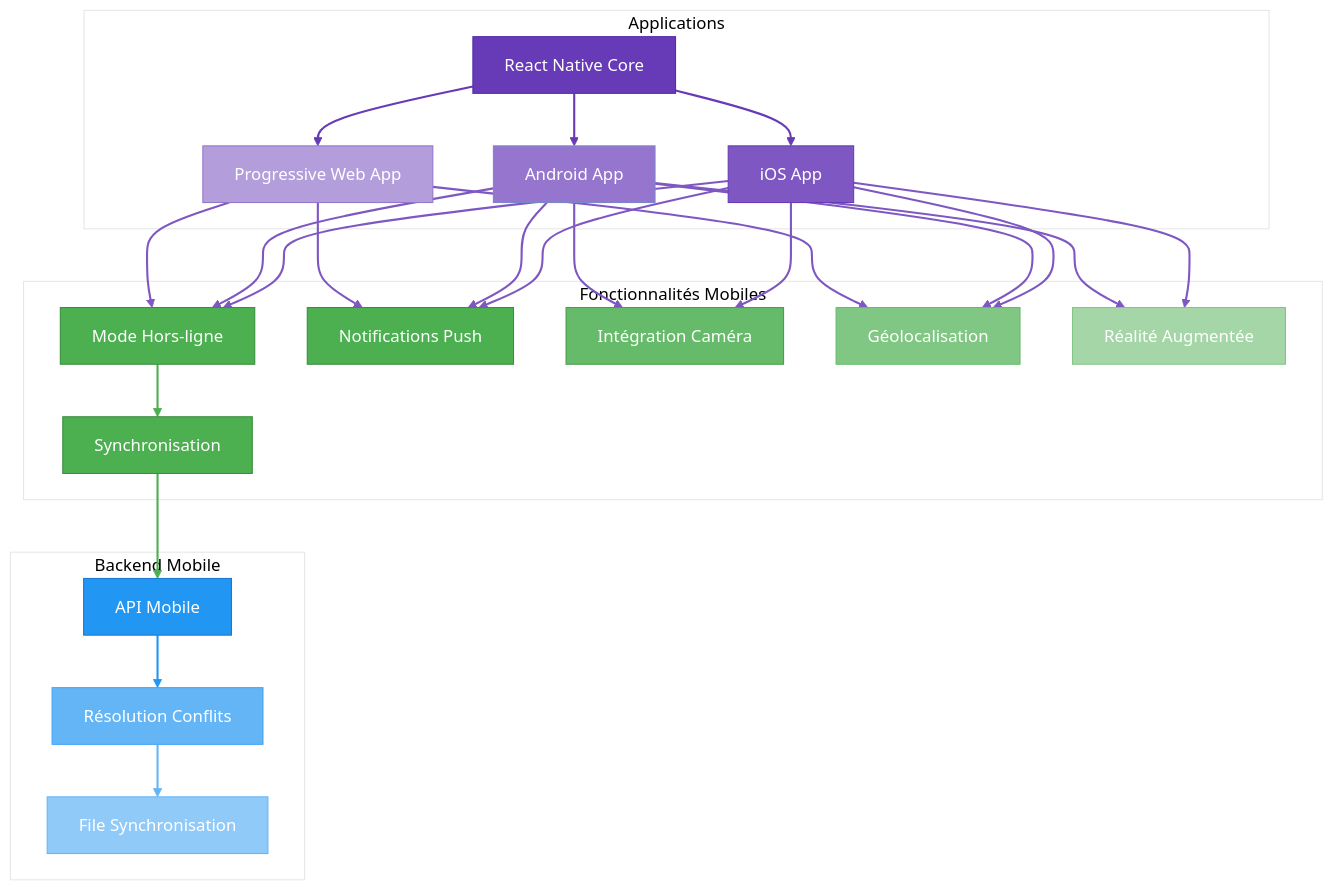
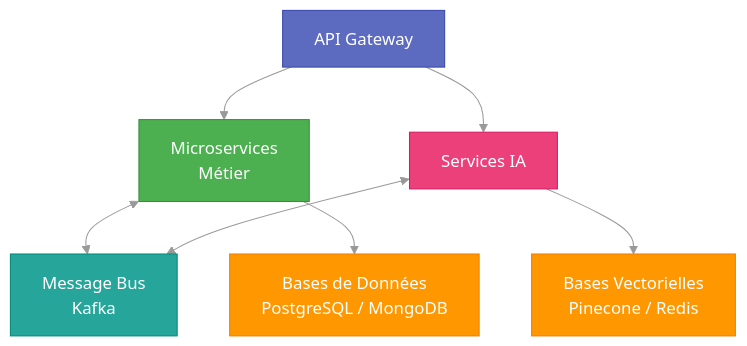
The fifth of 11 diagrams in project/4_technical_architecture/STACK_TECHNIQUE.md (MacroMan5/project_a3e_beta), drawn with Mermaid before and after one commit. The commit also changed other lines of this file and 23 other files, not shown here.

````diff
--- a/project/4_technical_architecture/STACK_TECHNIQUE.md
+++ b/project/4_technical_architecture/STACK_TECHNIQUE.md
@@ -463,89 +230,24 @@
 ```mermaid
 %%{init: {'theme': 'base', 'themeVariables': { 'primaryColor': '#f5f5f5', 'lineColor': '#999'}}}%%
 graph TD
-    classDef core fill:#673AB7,stroke:#512DA8,color:white
-    classDef ios fill:#7E57C2,stroke:#673AB7,color:white
-    classDef android fill:#9575CD,stroke:#7986CB,color:white
-    classDef pwa fill:#B39DDB,stroke:#9575CD,color:white
-    classDef features fill:#4CAF50,stroke:#388E3C,color:white
-    classDef camera fill:#66BB6A,stroke:#43A047,color:white
-    classDef geo fill:#81C784,stroke:#66BB6A,color:white
-    classDef ar fill:#A5D6A7,stroke:#81C784,color:white
-    classDef backend fill:#2196F3,stroke:#1976D2,color:white
-    classDef sync fill:#64B5F6,stroke:#42A5F5,color:white
-    classDef queue fill:#90CAF9,stroke:#64B5F6,color:white
+    classDef api fill:#5C6BC0,stroke:#3949AB,color:white
+    classDef service fill:#4CAF50,stroke:#388E3C,color:white
+    classDef ai fill:#EC407A,stroke:#D81B60,color:white
+    classDef db fill:#FF9800,stroke:#F57C00,color:white
+    classDef bus fill:#26A69A,stroke:#00897B,color:white
 
-    subgraph "Applications"
-        RN[React Native Core]
-        iOS[iOS App]
-        Android[Android App]
-        PWA[Progressive Web App]
-    end
+    API[API Gateway] --> MS[Microservices<br/>Métier]
+    API --> AI[Services IA]
     
-    subgraph "Fonctionnalités Mobiles"
-        Offline[Mode Hors-ligne]
-        Sync[Synchronisation]
-        Push[Notifications Push]
-        Camera[Intégration Caméra]
-        GPS[Géolocalisation]
-        AR[Réalité Augmentée]
-    end
+    MS <--> Kafka[Message Bus<br/>Kafka]
+    AI <--> Kafka
     
-    subgraph "Backend Mobile"
-        API[API Mobile]
-        Conflict[Résolution Conflits]
-        Queue[File Synchronisation]
-    end
+    MS --> DB[Bases de Données<br/>PostgreSQL / MongoDB]
+    AI --> VDB[Bases Vectorielles<br/>Pinecone / Redis]
     
-    RN --> iOS
-    RN --> Android
-    RN --> PWA
-    
-    iOS --> Offline
-    Android --> Offline
-    PWA --> Offline
-    
-    Offline --> Sync
-    Sync --> API
-    API --> Conflict
-    Conflict --> Queue
-    
-    iOS --> Push
-    Android --> Push
-    PWA --> Push
-    
-    iOS --> Camera
-    Android --> Camera
-    
-    iOS --> GPS
-    Android --> GPS
-    PWA --> GPS
-    
-    iOS --> AR
-    Android --> AR
-    
-    %% Apply classes
-    class RN core
-    class iOS ios
-    class Android android
-    class PWA pwa
-    class Offline,Sync,Push features
-    class Camera camera
-    class GPS geo
-    class AR ar
-    class API backend
-    class Conflict sync
-    class Queue queue
-    
-    %% Link styling
-    linkStyle 0,1,2 stroke:#673AB7,stroke-width:2px
-    linkStyle 3,4,5 stroke:#7E57C2,stroke:#673AB7,stroke-width:2px,stroke:#7E57C2,stroke-width:2px;
-    linkStyle 6 stroke:#4CAF50,stroke-width:2px
-    linkStyle 7 stroke:#4CAF50,stroke-width:2px
-    linkStyle 8 stroke:#2196F3,stroke-width:2px
-    linkStyle 9 stroke:#64B5F6,stroke-width:2px
-    linkStyle 10,11,12 stroke:#7E57C2,stroke-width:2px
-    linkStyle 13,14 stroke:#7E57C2,stroke-width:2px
-    linkStyle 15,16,17 stroke:#7E57C2,stroke-width:2px
-    linkStyle 18,19 stroke:#7E57C2,stroke-width:2px
+    class API api
+    class MS service
+    class AI ai
+    class Kafka bus
+    class DB,VDB db
 ```
````
